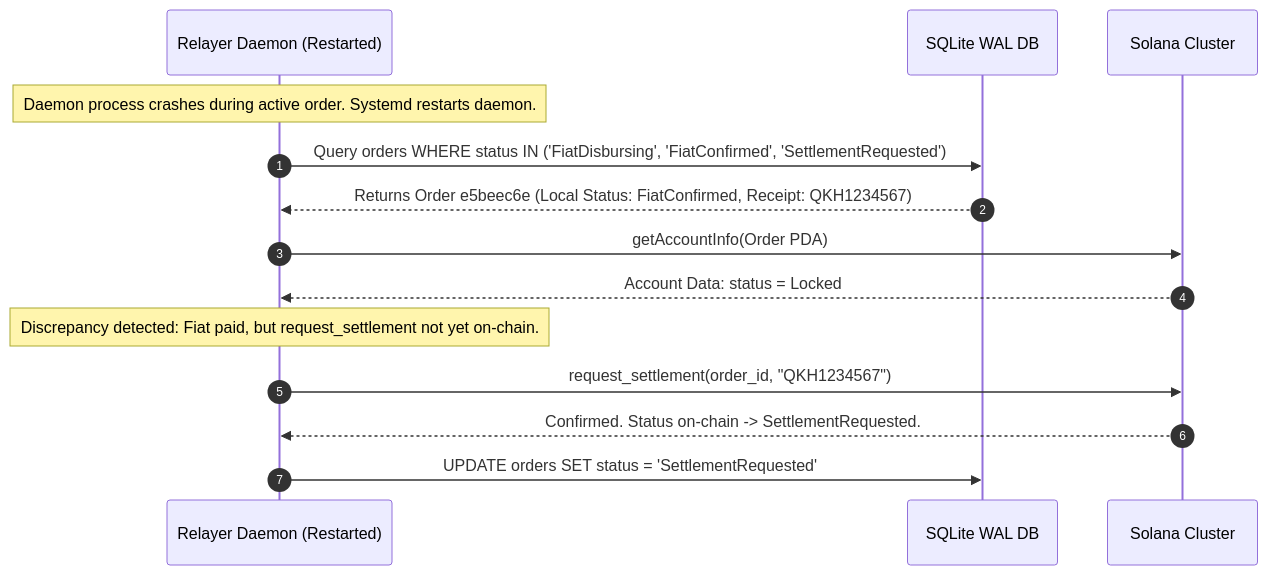
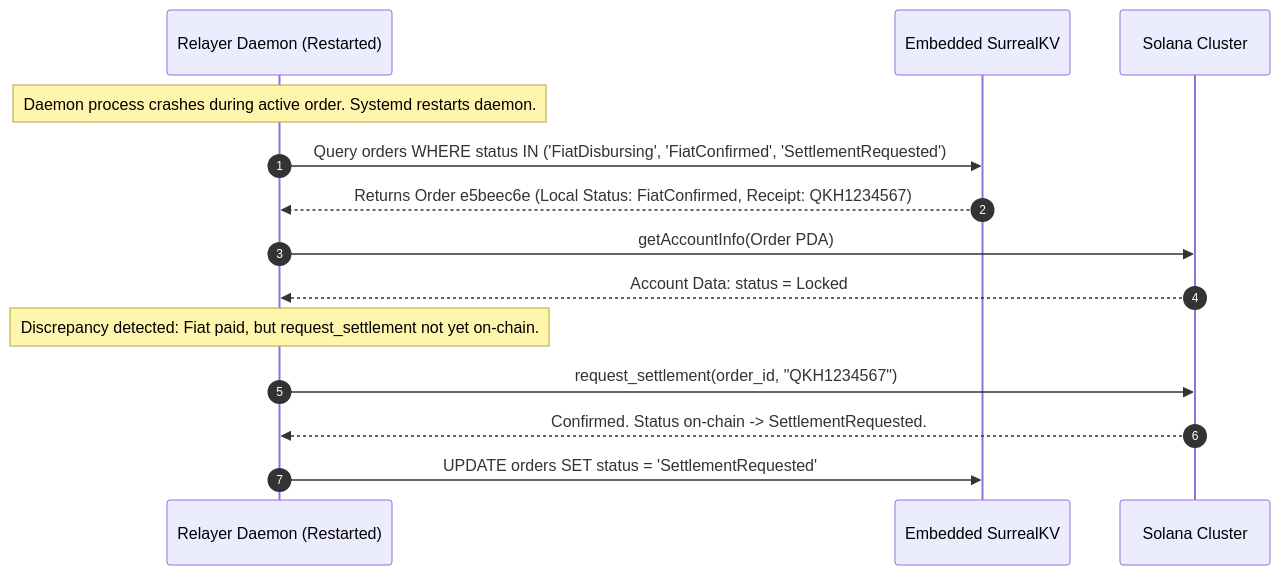
One commit to alikulaOwen/bamboo changed the sixth of 7 diagrams in docs/plan/20-integration-and-settlement-flows.md. Above: the diagram before and after it, drawn with Mermaid. The commit also changed 17 other files, not shown here.

````diff
--- a/docs/plan/20-integration-and-settlement-flows.md
+++ b/docs/plan/20-integration-and-settlement-flows.md
@@ -182,20 +182,20 @@
 ```mermaid
 sequenceDiagram
     autonumber
     participant Daemon as Relayer Daemon (Restarted)
-    participant DB as SQLite WAL DB
+    participant DB as Embedded SurrealKV
     participant Solana as Solana Cluster
 
     Note over Daemon: Daemon process crashes during active order. Systemd restarts daemon.
     
     Daemon->>DB: Query orders WHERE status IN ('FiatDisbursing', 'FiatConfirmed', 'SettlementRequested')
     DB-->>Daemon: Returns Order e5beec6e (Local Status: FiatConfirmed, Receipt: QKH1234567)
     
     Daemon->>Solana: getAccountInfo(Order PDA)
     Solana-->>Daemon: Account Data: status = Locked
     
     Note over Daemon: Discrepancy detected: Fiat paid, but request_settlement not yet on-chain.
     Daemon->>Solana: request_settlement(order_id, "QKH1234567")
     Solana-->>Daemon: Confirmed. Status on-chain -> SettlementRequested.
     Daemon->>DB: UPDATE orders SET status = 'SettlementRequested'
 ```
````
